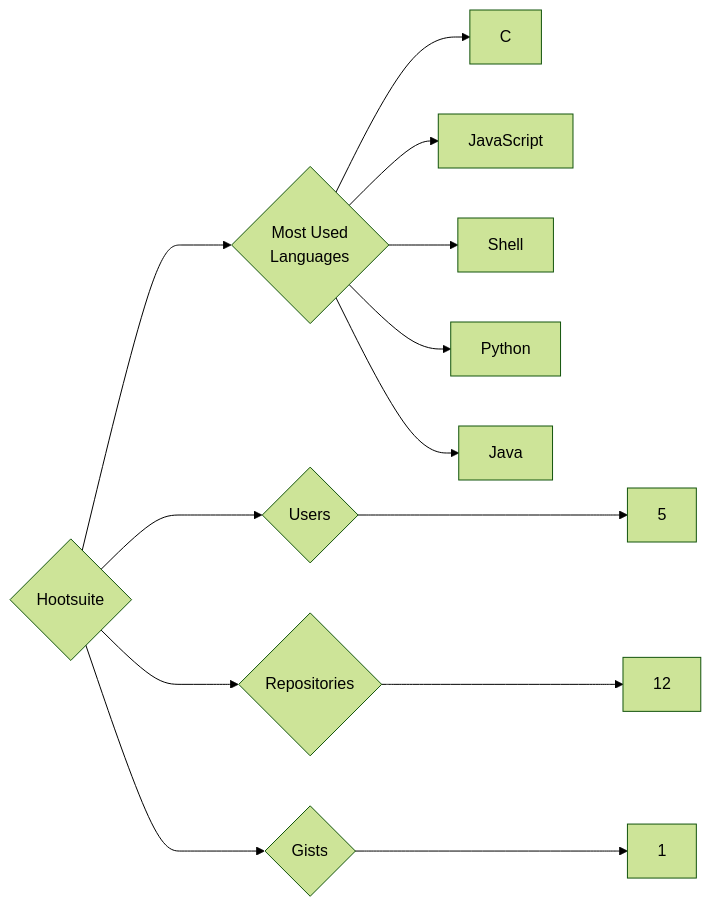
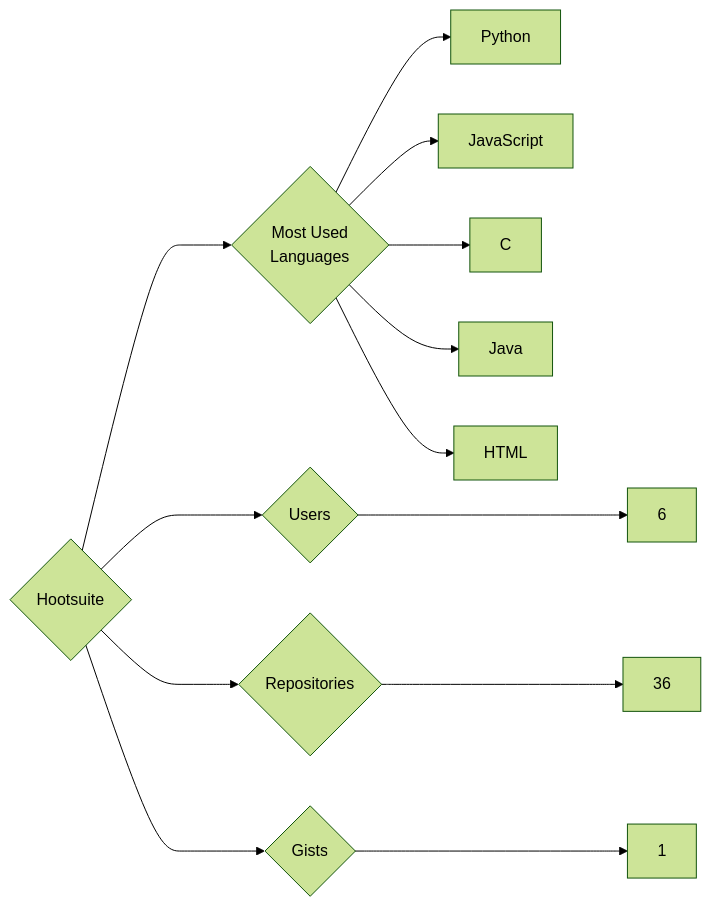
The diagram in targets/Hootsuite/README.md (trickest/insiders), drawn with Mermaid (forest theme) before and after one commit. The commit also changed 1123 other files, not shown here.

````diff
--- a/targets/Hootsuite/README.md
+++ b/targets/Hootsuite/README.md
@@ -3,13 +3,13 @@
 ```mermaid
 graph LR
 COMPANY_NAME{Hootsuite}
-COMPANY_NAME ---> U{Users} ---> UN[5]
-COMPANY_NAME ---> R{Repositories} ---> RN[12]
+COMPANY_NAME ---> U{Users} ---> UN[6]
+COMPANY_NAME ---> R{Repositories} ---> RN[36]
 COMPANY_NAME ---> G{Gists} ---> GN[1]
 COMPANY_NAME ---> ML{Most Used<br>Languages}
+ML --> Python[Python]
+ML --> JavaScript[JavaScript]
 ML --> C[C]
-ML --> JavaScript[JavaScript]
-ML --> Shell[Shell]
-ML --> Python[Python]
 ML --> Java[Java]
+ML --> HTML[HTML]
 ```
````
